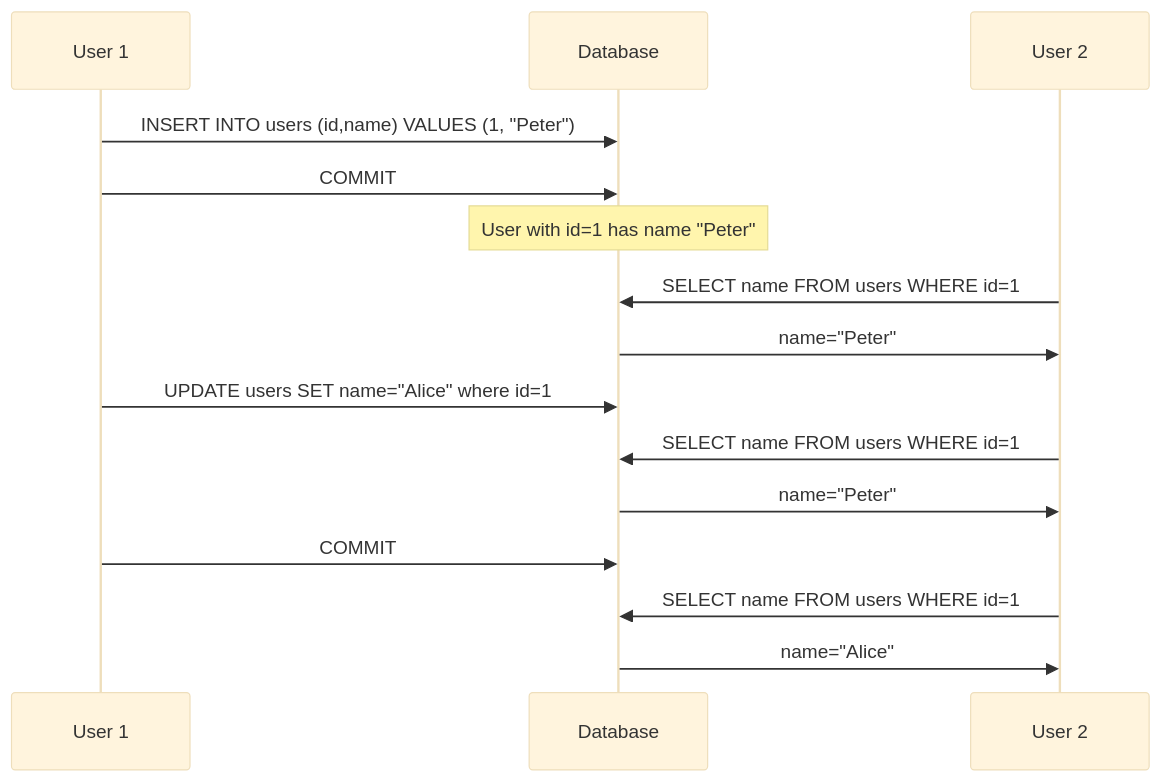
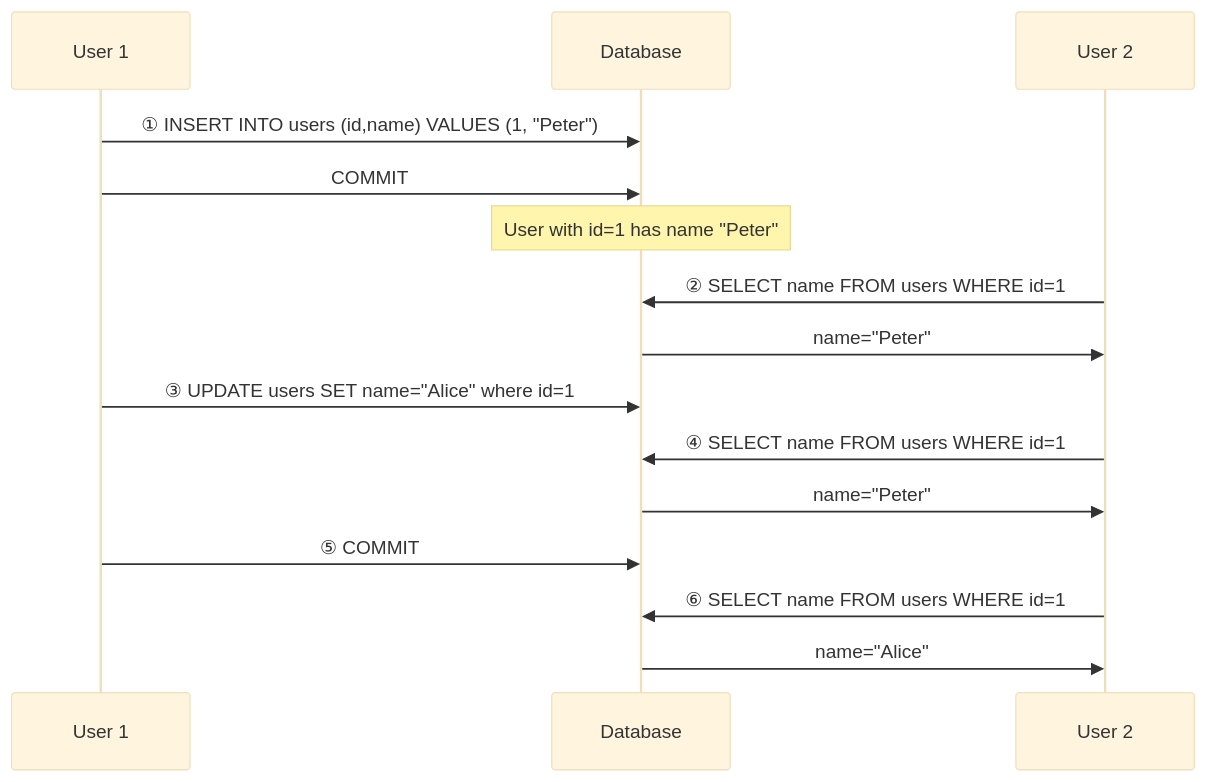
One commit to PatrikHlobil/Blog changed the diagram in docs/code/database_isolation_levels/read-committed.mmd. Above: the diagram before and after it, drawn with Mermaid (base theme). The commit also changed 2 other files, not shown here.

```diff
--- a/docs/code/database_isolation_levels/read-committed.mmd
+++ b/docs/code/database_isolation_levels/read-committed.mmd
@@ -1,12 +1,14 @@
 sequenceDiagram
-    User 1->>Database: INSERT INTO users (id,name) VALUES (1, "Peter")
+    User 1->>Database: ① INSERT INTO users (id,name) VALUES (1, "Peter")
     User 1->>Database: COMMIT
     Note over Database: User with id=1 has name "Peter"
-    User 2->>Database: SELECT name FROM users WHERE id=1
+    User 2->>Database: ② SELECT name FROM users WHERE id=1
     Database->>User 2: name="Peter"
-    User 1->>Database: UPDATE users SET name="Alice" where id=1
-    User 2->>Database: SELECT name FROM users WHERE id=1
+    User 1->>Database: ③ UPDATE users SET name="Alice" where id=1
+    User 2->>Database: ④ SELECT name FROM users WHERE id=1
     Database->>User 2: name="Peter"
-    User 1->>Database: COMMIT
-    User 2->>Database: SELECT name FROM users WHERE id=1
+    User 1->>Database: ⑤ COMMIT
+    User 2->>Database: ⑥ SELECT name FROM users WHERE id=1
     Database->>User 2: name="Alice"
+
+    # ① ② ③ ④ ⑤ ⑥ ⑦ ⑧ ⑨
```
